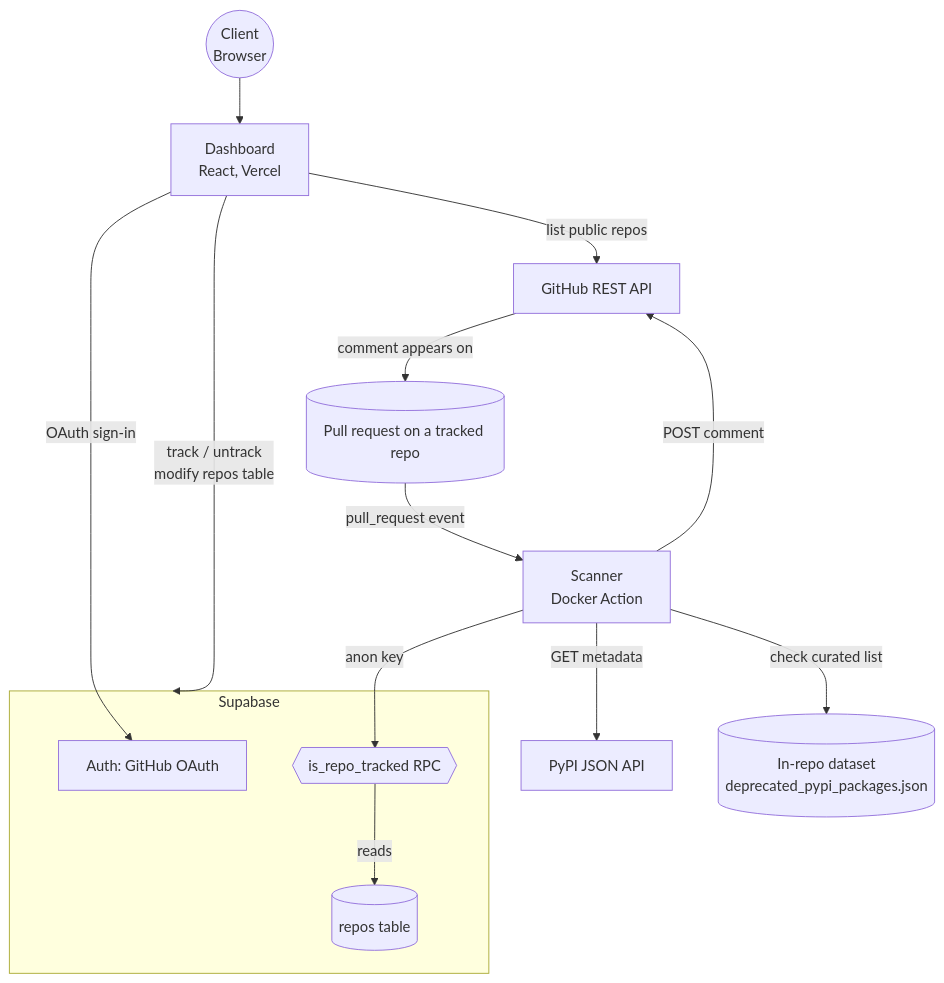
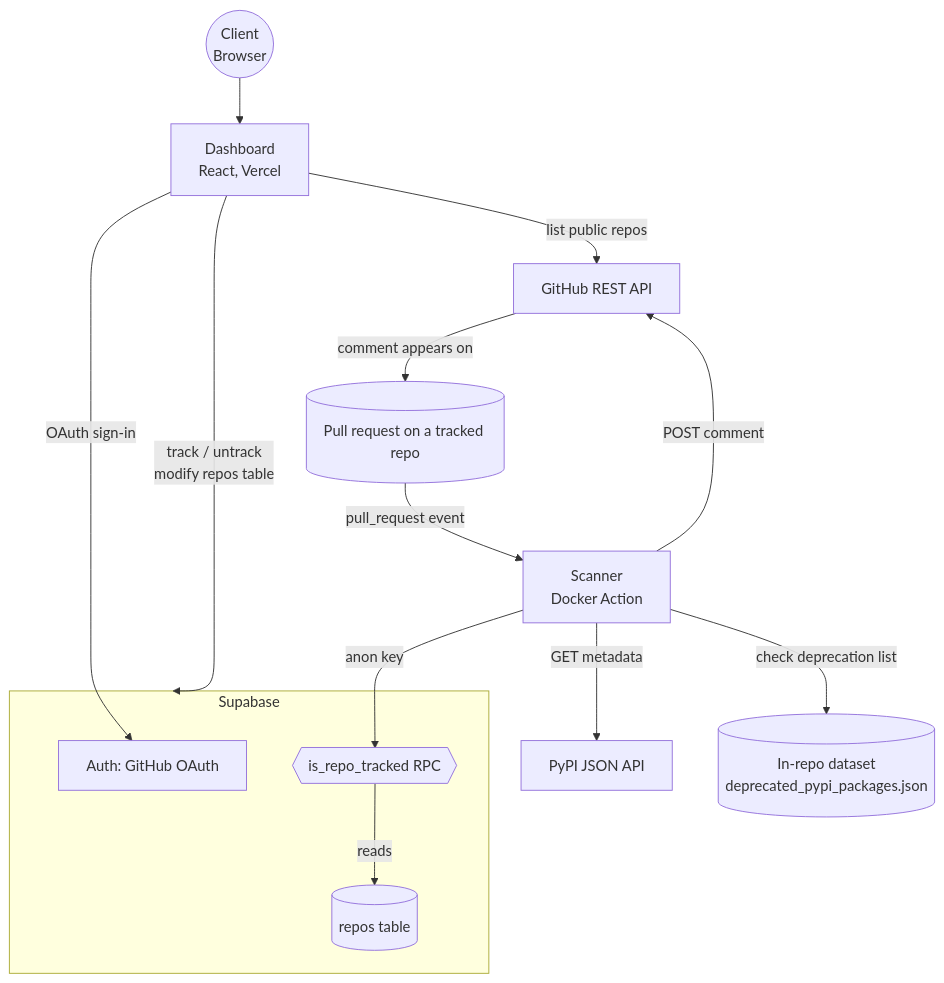
The diagram in README.md (dxfeng/deprecation-auditor), drawn with Mermaid before and after one commit.

Commit message:
Modified mermaid

````diff
--- a/README.md
+++ b/README.md
@@ -27,24 +27,24 @@
 ```mermaid
 flowchart TD
     Browser((Client\nBrowser)) --> Dashboard[Dashboard\nReact, Vercel]
 
     subgraph Supabase["Supabase"]
         AuthSvc[Auth: GitHub OAuth]
         RPC{{is_repo_tracked RPC}}
         ReposTable[(repos table)]
         RPC -->|reads| ReposTable
     end
 
     Dashboard -->|OAuth sign-in| AuthSvc
     Dashboard -->|track / untrack \n modify repos table| Supabase
 
     Repo[(Pull request on a tracked repo)] -->|pull_request event| Scanner[Scanner\nDocker Action]
     Scanner -->|anon key| RPC
     Scanner -->|GET metadata| PyPI[PyPI JSON API]
-    Scanner -->|check curated list| DeprDataset[(In-repo dataset\ndeprecated_pypi_packages.json)]
+    Scanner -->|check deprecation list| DeprDataset[(In-repo dataset\ndeprecated_pypi_packages.json)]
 
     GitHub[GitHub REST API]
     Dashboard -->|list public repos| GitHub
     Scanner -->|POST comment| GitHub
     GitHub -->|comment appears on| Repo
 ```
````
